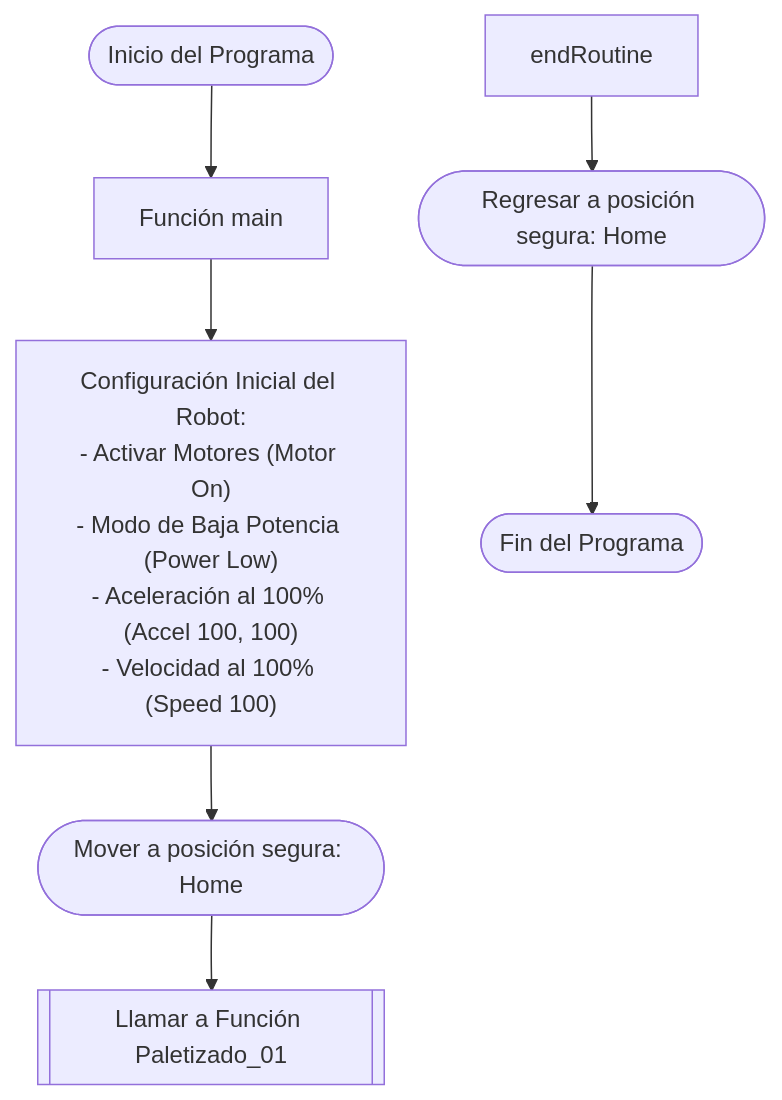
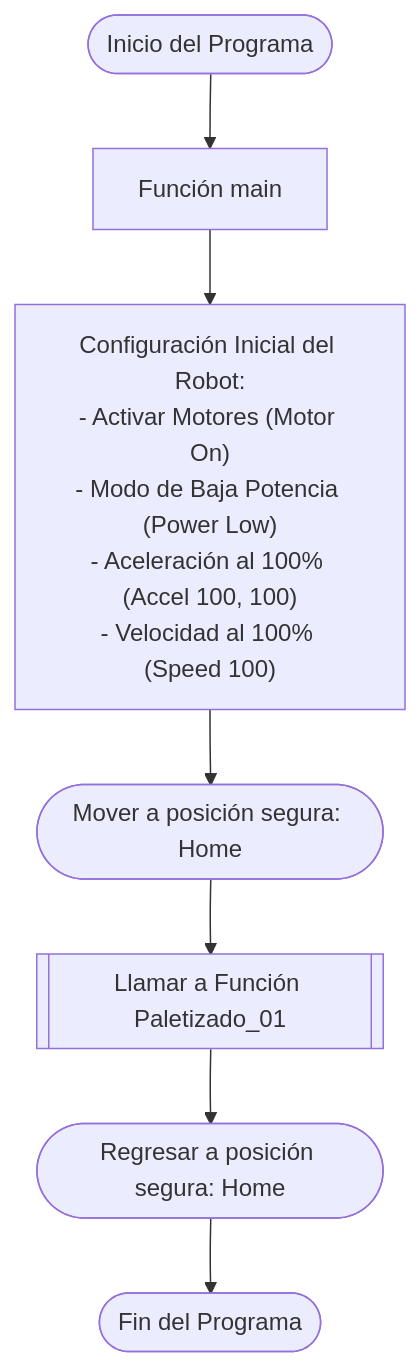
One commit to labsir-un/Robotica-2026-I-Equipo-3C-Moreno-Ramos changed the first of 2 diagrams in Laboratorio No. 03 - Robótica Industrial EPSON T3 401S y EPSON RC+/README.MD. Above: the diagram before and after it, drawn with Mermaid.

````diff
--- a/Laboratorio No. 03 - Robótica Industrial EPSON T3 401S y EPSON RC+/README.MD
+++ b/Laboratorio No. 03 - Robótica Industrial EPSON T3 401S y EPSON RC+/README.MD
@@ -212,9 +212,10 @@
 ```mermaid
 flowchart TD
     Start([Inicio del Programa]) --> Main["Función main"]
     Main --> Init["Configuración Inicial del Robot:<br>- Activar Motores (Motor On)<br>- Modo de Baja Potencia (Power Low)<br>- Aceleración al 100% (Accel 100, 100)<br>- Velocidad al 100% (Speed 100)"]
     Init --> GoHome1(["Mover a posición segura: Home"])
     GoHome1 --> CallRoutine[["Llamar a Función Paletizado_01"]]
-    endRoutine --> GoHome2(["Regresar a posición segura: Home"])
+
+    CallRoutine --> GoHome2(["Regresar a posición segura: Home"])
     GoHome2 --> EndProg([Fin del Programa])
 ```
````
